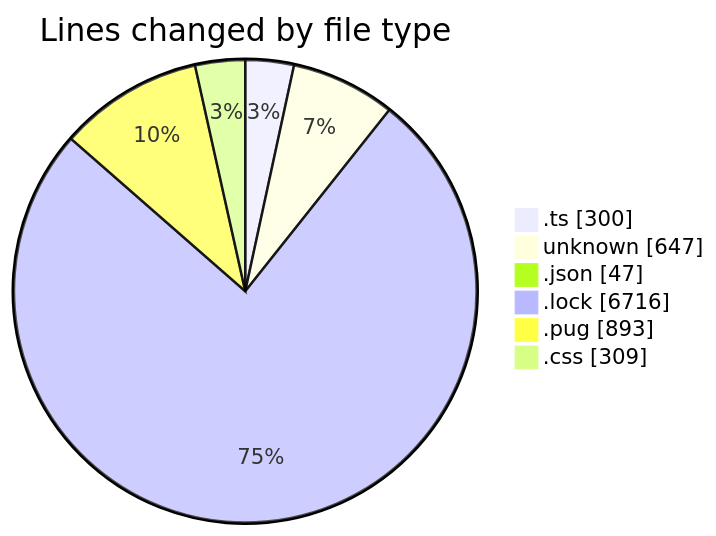
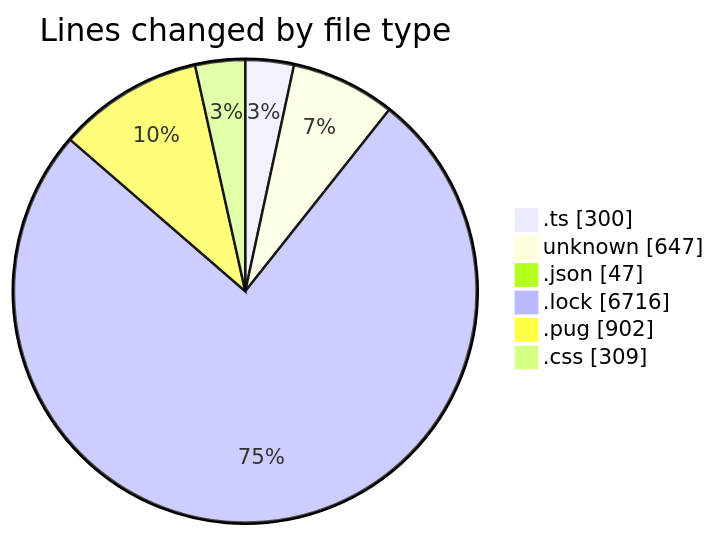
Before and after one commit to momahboobian/code-tracking: the first of 2 diagrams in 2026-05-22/cda/README.md, drawn with Mermaid. The commit also changed other lines of this file and 1 other file, not shown here.

````diff
--- a/2026-05-22/cda/README.md
+++ b/2026-05-22/cda/README.md
@@ -30,10 +30,10 @@
 ```mermaid
 pie showData
 title Lines changed by file type
 ".ts" : 300
 "unknown" : 647
 ".json" : 47
 ".lock" : 6716
-".pug" : 893
+".pug" : 902
 ".css" : 309
 ```
````
